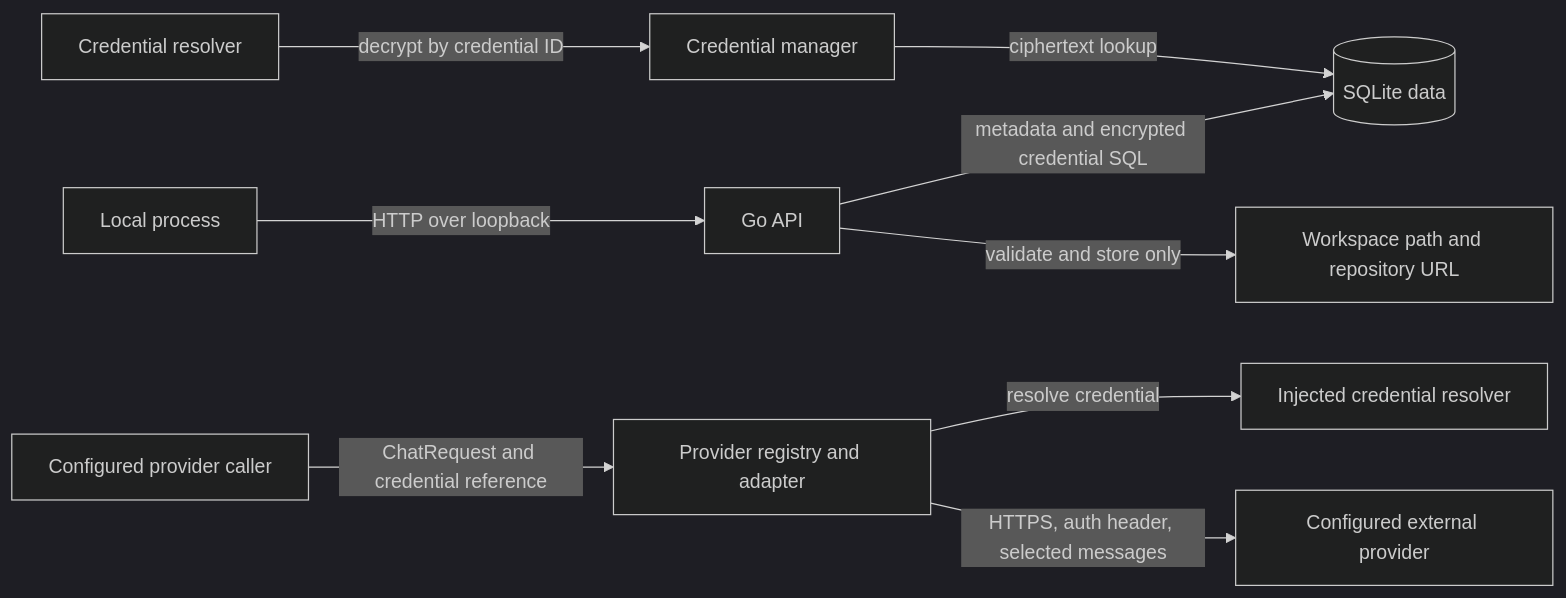
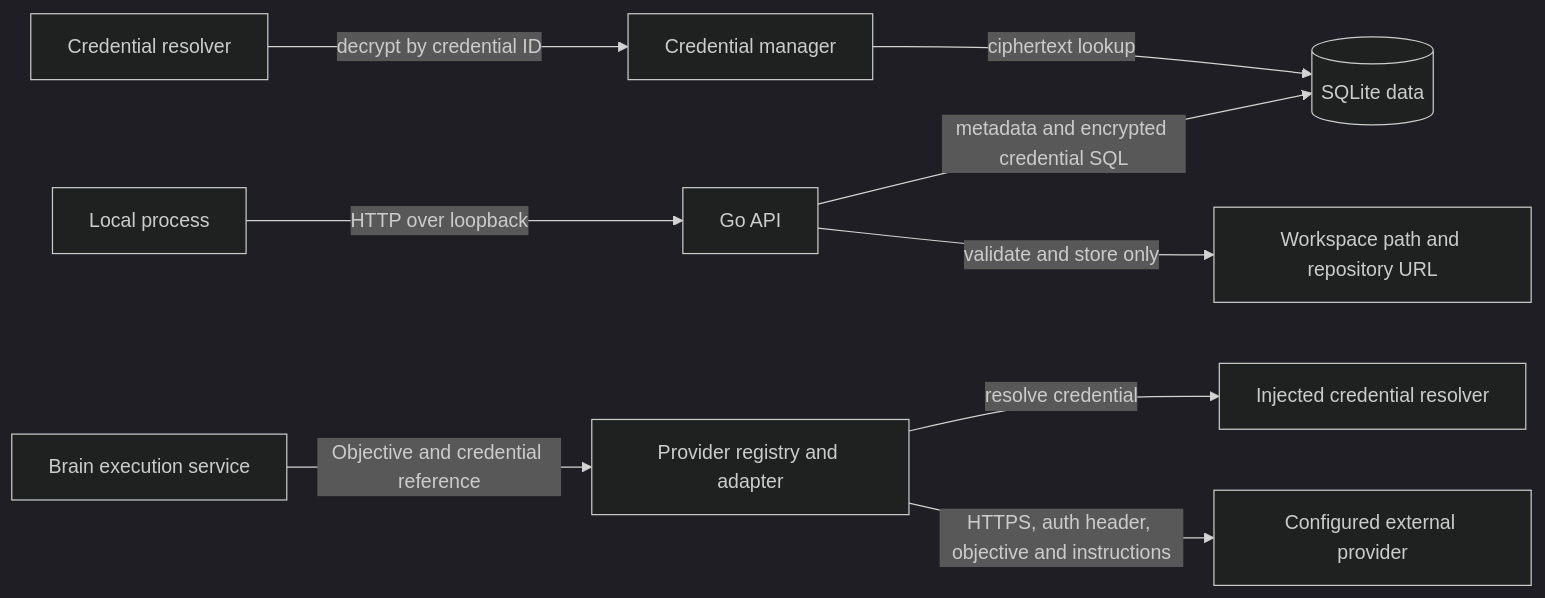
One commit to Hangell/boAIrd changed the diagram in THREAT_MODEL.md. Above: the diagram before and after it, drawn with Mermaid (dark theme). The commit also changed other lines of this file and 20 other files, not shown here.

````diff
--- a/THREAT_MODEL.md
+++ b/THREAT_MODEL.md
@@ -35,11 +36,11 @@
 ```mermaid
 flowchart LR
   Local[Local process] -->|HTTP over loopback| API[Go API]
   API -->|metadata and encrypted credential SQL| DB[(SQLite data)]
   Runtime[Credential resolver] -->|decrypt by credential ID| Vault[Credential manager]
   Vault -->|ciphertext lookup| DB
   API -->|validate and store only| Meta[Workspace path and repository URL]
-  Caller[Configured provider caller] -->|ChatRequest and credential reference| Registry[Provider registry and adapter]
+  Brain[Brain execution service] -->|Objective and credential reference| Registry[Provider registry and adapter]
   Registry -->|resolve credential| Resolver[Injected credential resolver]
-  Registry -->|HTTPS, auth header, selected messages| Vendor[Configured external provider]
+  Registry -->|HTTPS, auth header, objective and instructions| Vendor[Configured external provider]
 ```
````
